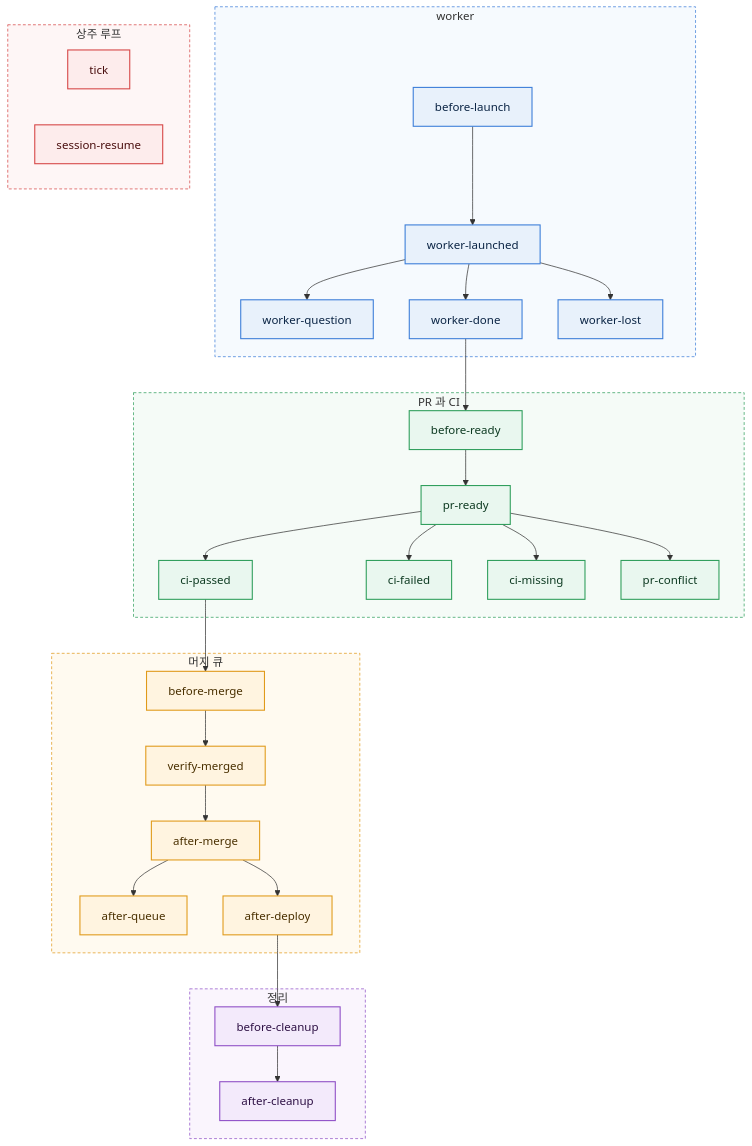
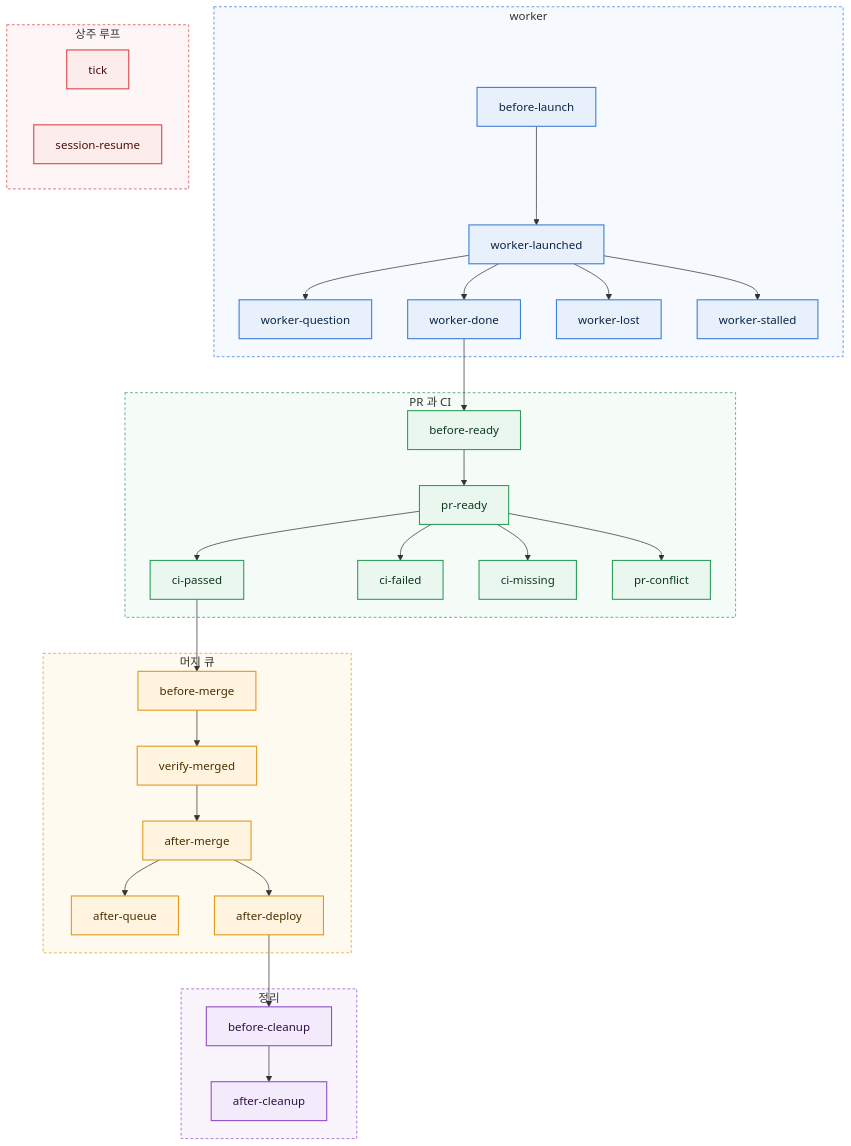
One commit to jon890/fos-skills changed the fifth of 5 diagrams in docs/flow.md. Above: the diagram before and after it, drawn with Mermaid. The commit also changed other lines of this file and 12 other files, not shown here.

First line of the commit message:
feat(orch): 상주 루프가 멈춘 worker 를 worker-stalled 이벤트로 알린다

````diff
--- a/docs/flow.md
+++ b/docs/flow.md
@@ -145,44 +145,45 @@
 ```mermaid
 %%{init: {"theme":"base","themeVariables":{"fontFamily":"'Noto Sans KR', sans-serif","fontSize":"14px","lineColor":"#7A8594","primaryTextColor":"#1D1F23","edgeLabelBackground":"#FFFFFF","clusterBkg":"#FAFAFA"},"flowchart":{"curve":"basis","nodeSpacing":40,"rankSpacing":60,"padding":14}}}%%
 flowchart TD
     subgraph W[worker]
         L[before-launch] --> LA[worker-launched]
         LA --> Q[worker-question]
         LA --> D[worker-done]
         LA --> LO[worker-lost]
+        LA --> ST[worker-stalled]
     end
     subgraph P[PR 과 CI]
         D --> BR[before-ready] --> R[pr-ready]
         R --> CP[ci-passed]
         R --> CF[ci-failed]
         R --> CM[ci-missing]
         R --> CO[pr-conflict]
     end
     subgraph M[머지 큐]
         CP --> BM[before-merge] --> VM[verify-merged] --> AM[after-merge]
         AM --> AQ[after-queue]
         AM --> AD[after-deploy]
     end
     subgraph C[정리]
         AD --> BC[before-cleanup] --> AC[after-cleanup]
     end
     subgraph T[상주 루프]
         TK[tick]
         SR[session-resume]
     end
-    class L,LA,Q,D,LO c1
+    class L,LA,Q,D,LO,ST c1
     class BR,R,CP,CF,CM,CO c2
     class BM,VM,AM,AQ,AD c3
     class BC,AC c4
     class TK,SR c5
     classDef c1 fill:#E8F1FB,stroke:#3B7DD8,stroke-width:1.5px,color:#0B2545
     classDef c2 fill:#E9F7EF,stroke:#2E9E5B,stroke-width:1.5px,color:#0E3B22
     classDef c3 fill:#FFF4E0,stroke:#E09A1A,stroke-width:1.5px,color:#4A3000
     classDef c4 fill:#F3EAFB,stroke:#8E4EC6,stroke-width:1.5px,color:#2E1145
     classDef c5 fill:#FDECEC,stroke:#D64545,stroke-width:1.5px,color:#4A0F0F
     style W fill:#F6FAFE,stroke:#3B7DD8,stroke-dasharray:4 3
     style P fill:#F5FBF7,stroke:#2E9E5B,stroke-dasharray:4 3
     style M fill:#FFFAF0,stroke:#E09A1A,stroke-dasharray:4 3
     style C fill:#FAF5FD,stroke:#8E4EC6,stroke-dasharray:4 3
     style T fill:#FEF6F6,stroke:#D64545,stroke-dasharray:4 3
 ```
````
